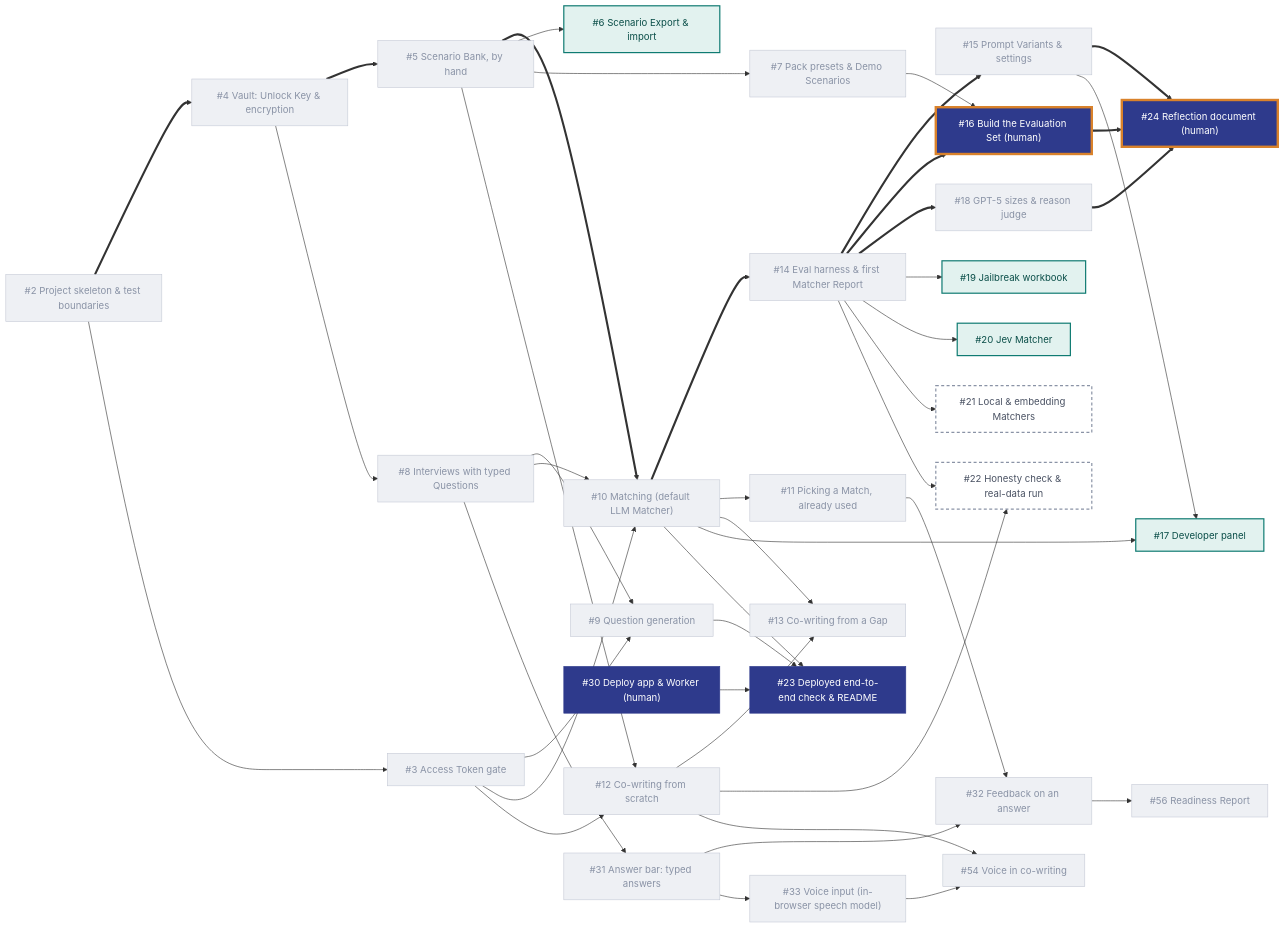
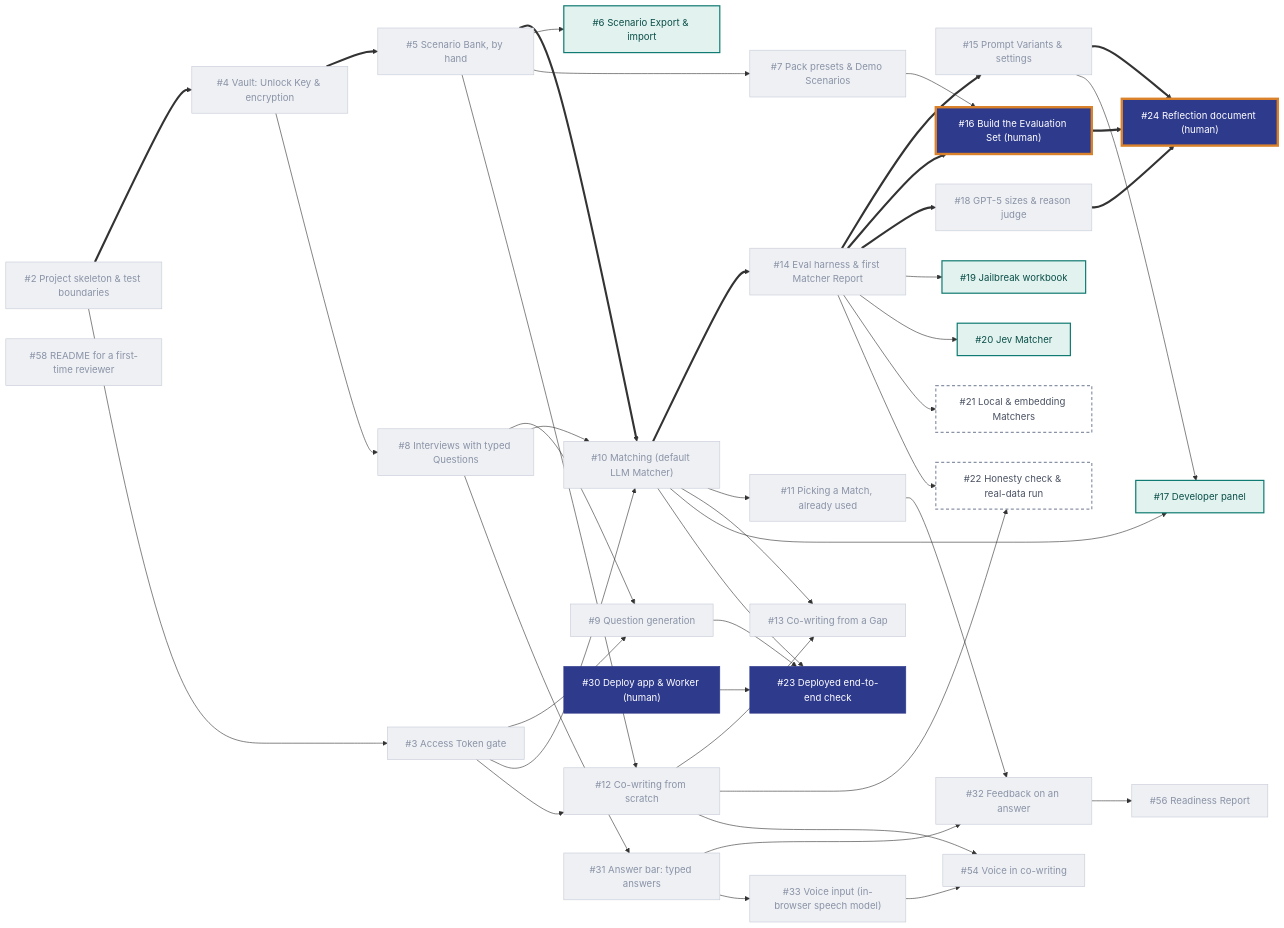
Before and after one commit to DerykHopley/interview-helper: the second of 2 diagrams in README.md, drawn with Mermaid. The commit also changed other lines of this file and 5 other files, not shown here.

Commit message:
README for a first-time reviewer, and docs/prompts.md (#58)

````diff
--- a/README.md
+++ b/README.md
@@ -13,67 +203,68 @@
 ```mermaid
 flowchart LR
   T2["#2 Project skeleton & test boundaries"]
   T3["#3 Access Token gate"]
   T4["#4 Vault: Unlock Key & encryption"]
   T5["#5 Scenario Bank, by hand"]
   T6["#6 Scenario Export & import"]
   T7["#7 Pack presets & Demo Scenarios"]
   T8["#8 Interviews with typed Questions"]
   T9["#9 Question generation"]
   T10["#10 Matching (default LLM Matcher)"]
   T11["#11 Picking a Match, already used"]
   T12["#12 Co-writing from scratch"]
   T13["#13 Co-writing from a Gap"]
   T14["#14 Eval harness & first Matcher Report"]
   T15["#15 Prompt Variants & settings"]
   T16["#16 Build the Evaluation Set (human)"]
   T17["#17 Developer panel"]
   T18["#18 GPT-5 sizes & reason judge"]
   T19["#19 Jailbreak workbook"]
   T20["#20 Jev Matcher"]
   T21["#21 Local & embedding Matchers"]
   T22["#22 Honesty check & real-data run"]
-  T23["#23 Deployed end-to-end check & README"]
+  T23["#23 Deployed end-to-end check"]
   T24["#24 Reflection document (human)"]
   T30["#30 Deploy app & Worker (human)"]
   T31["#31 Answer bar: typed answers"]
   T32["#32 Feedback on an answer"]
   T33["#33 Voice input (in-browser speech model)"]
   T54["#54 Voice in co-writing"]
   T56["#56 Readiness Report"]
+  T58["#58 README for a first-time reviewer"]
 
   %% critical path (thick arrows)
   T2 ==> T4 ==> T5 ==> T10 ==> T14
   T14 ==> T15 ==> T24
   T14 ==> T16 ==> T24
   T14 ==> T18 ==> T24
 
   %% other dependencies
   T2 --> T3
   T3 --> T9 & T10 & T12
   T4 --> T8
   T5 --> T6 & T7 & T12
   T8 --> T9 & T10 & T31
   T10 --> T11 & T13 & T17
   T12 --> T13 & T22
   T7 --> T16
   T14 --> T19 & T20 & T21 & T22
   T15 --> T17
   T31 --> T32 & T33
   T12 & T33 --> T54
   T32 --> T56
   T11 --> T32
   T30 & T9 & T10 --> T23
 
   classDef done fill:#EEF0F4,color:#8A93A6,stroke:#C5CAD6,stroke-width:1px
   classDef must fill:#2E3A8C,color:#fff,stroke:#2E3A8C
   classDef mustcrit fill:#2E3A8C,color:#fff,stroke:#D9822B,stroke-width:4px
   classDef should fill:#E2F2EF,color:#0B4F49,stroke:#0F7B72,stroke-width:2px
   classDef could fill:#fff,color:#4A5263,stroke:#8A93A6,stroke-width:2px,stroke-dasharray:5 4
 
-  class T2,T3,T4,T5,T7,T8,T9,T10,T11,T12,T13,T14,T15,T18,T31,T32,T33,T54,T56 done
+  class T2,T3,T4,T5,T7,T8,T9,T10,T11,T12,T13,T14,T15,T18,T31,T32,T33,T54,T56,T58 done
   class T16,T24 mustcrit
   class T23,T30 must
   class T6,T17,T19,T20 should
   class T21,T22 could
 ```
````
